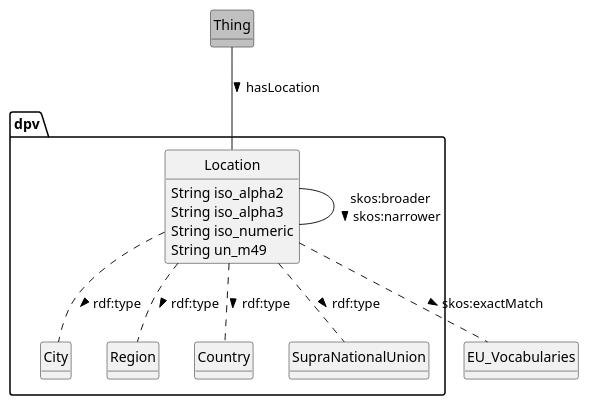
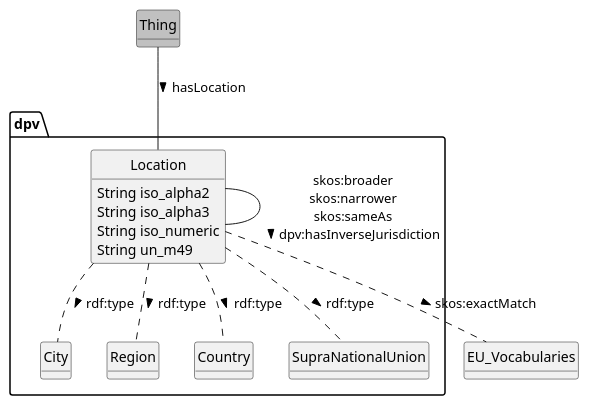
Before and after one commit to w3c/dpv: the diagram in 2.2/diagrams/plantuml/overview_loc.plantuml, drawn with PlantUML.

Commit message:
Add sameAs, hasInverseJurisdiction to overview_loc diagram (#338)
* Add sameAs, hasInverseJurisdiction to overview_loc diagram

* Add newline at end of file

---------

```diff
--- a/2.2/diagrams/plantuml/overview_loc.plantuml
+++ b/2.2/diagrams/plantuml/overview_loc.plantuml
@@ -1,28 +1,28 @@
 @startuml
 hide methods
 hide circles
 
 class Thing #silver
 
 package dpv {
     class Location {
         String iso_alpha2
         String iso_alpha3
         String iso_numeric
         String un_m49
     }
     class City
     class Region
     class Country
     class SupraNationalUnion
 }
 
 Thing -- Location : hasLocation >
 Location .. City : rdf:type >
 Location .. Region : rdf:type >
 Location .. Country : rdf:type >
 Location .. SupraNationalUnion : rdf:type >
-Location -- Location : skos:broader\nskos:narrower >
+Location -- Location : skos:broader\nskos:narrower\nskos:sameAs\ndpv:hasInverseJurisdiction >
 Location .. EU_Vocabularies : skos:exactMatch >
 
 @enduml
```
